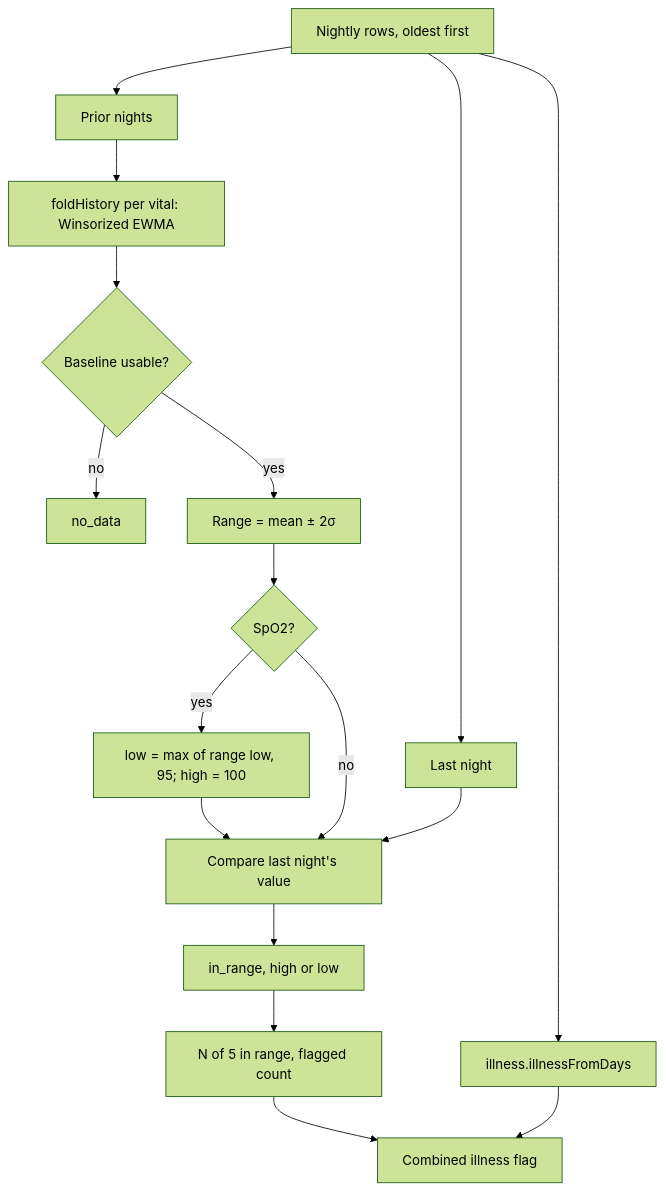
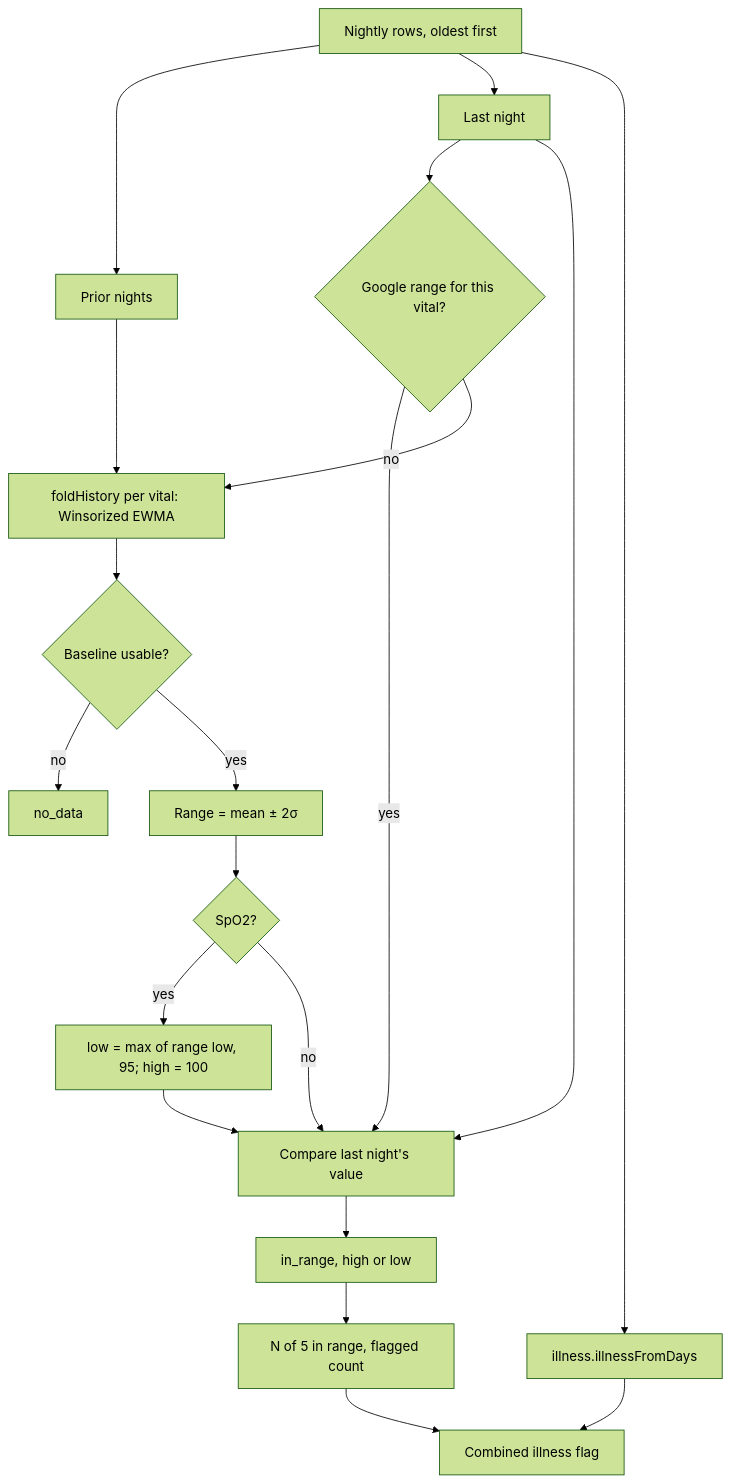
One commit to Ajamuar/pulse changed the diagram in docs/algorithms/health-monitor.md. Above: the diagram before and after it, drawn with Mermaid (forest theme). The commit also changed other lines of this file and 7 other files, not shown here.

````diff
--- a/docs/algorithms/health-monitor.md
+++ b/docs/algorithms/health-monitor.md
@@ -9,19 +9,22 @@
 ```mermaid
 flowchart TB
   D[Nightly rows, oldest first] --> P[Prior nights]
   D --> T[Last night]
+  T --> G{Google range for this vital?}
+  G -->|yes| C
+  G -->|no| F
   P --> F[foldHistory per vital: Winsorized EWMA]
   F --> U{Baseline usable?}
   U -->|no| ND[no_data]
   U -->|yes| R[Range = mean ± 2σ]
   R --> S{SpO2?}
   S -->|yes| FL[low = max of range low, 95; high = 100]
   S -->|no| C
   FL --> C[Compare last night's value]
   T --> C
   C --> ST[in_range, high or low]
   ST --> N[N of 5 in range, flagged count]
   D --> IL[illness.illnessFromDays]
   IL --> OUT[Combined illness flag]
   N --> OUT
 ```
````
